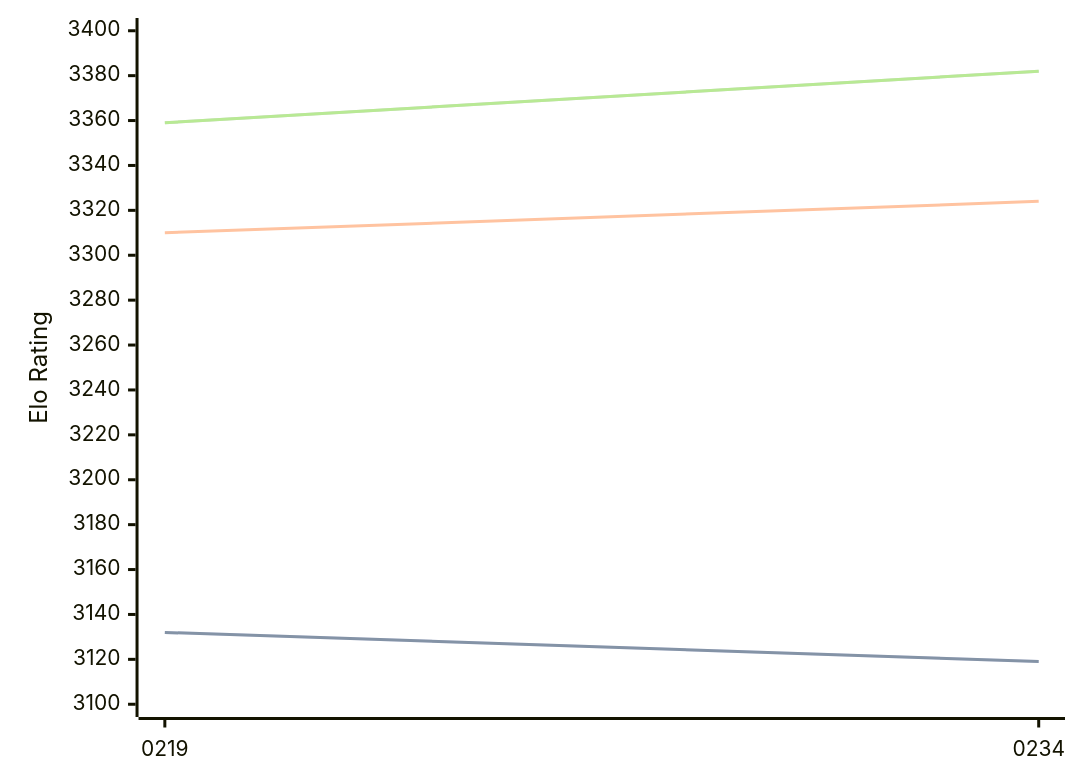
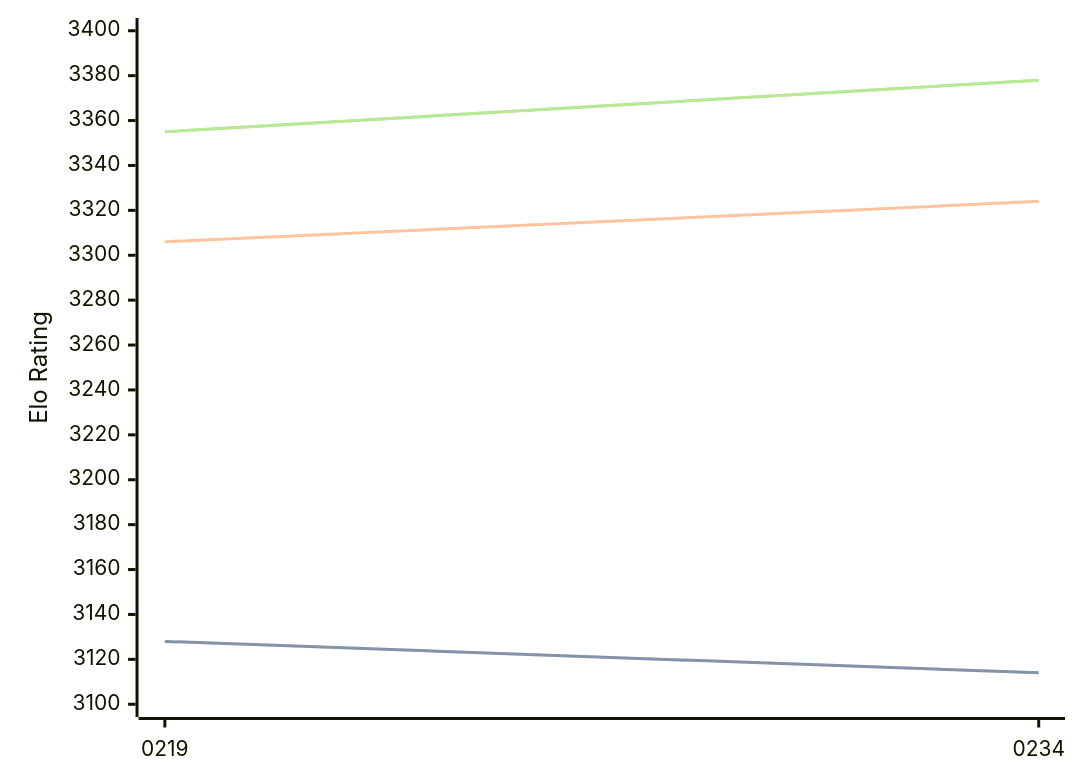
One commit to computer-chess-index/cci changed the third of 3 diagrams in engines/Ynode.md. Above: the diagram before and after it, drawn with Mermaid. The commit also changed other lines of this file, not shown here.

Commit message:
Update CCI Ratings (ELO VLTC) - 2026-07-16

````diff
--- a/engines/Ynode.md
+++ b/engines/Ynode.md
@@ -72,11 +72,11 @@
 ```mermaid
 %%{init: {"theme":"base","themeVariables":{"seriesColors:['#a3a3a3','#222221','#faa371']}}}%%
 xychart-beta
   x-axis ["0219", "0234"]
   y-axis "Elo Rating" 3100 --> 3400
-  line "STC (8.0+0.08s)" [3132, 3119]
-  line "STC (8.0+0.08s)" [3132, 3119]
-  line "LTC (60.0+0.60s)" [3310, 3324]
-  line "VLTC (2m24s+1.12s)" [3359, 3382]
-  line "VLTC (2m24s+1.12s)" [3359, 3382]
+  line "STC (8.0+0.08s)" [3128, 3114]
+  line "STC (8.0+0.08s)" [3128, 3114]
+  line "LTC (60.0+0.60s)" [3306, 3324]
+  line "VLTC (2m24s+1.12s)" [3355, 3378]
+  line "VLTC (2m24s+1.12s)" [3355, 3378]
 ```
````
